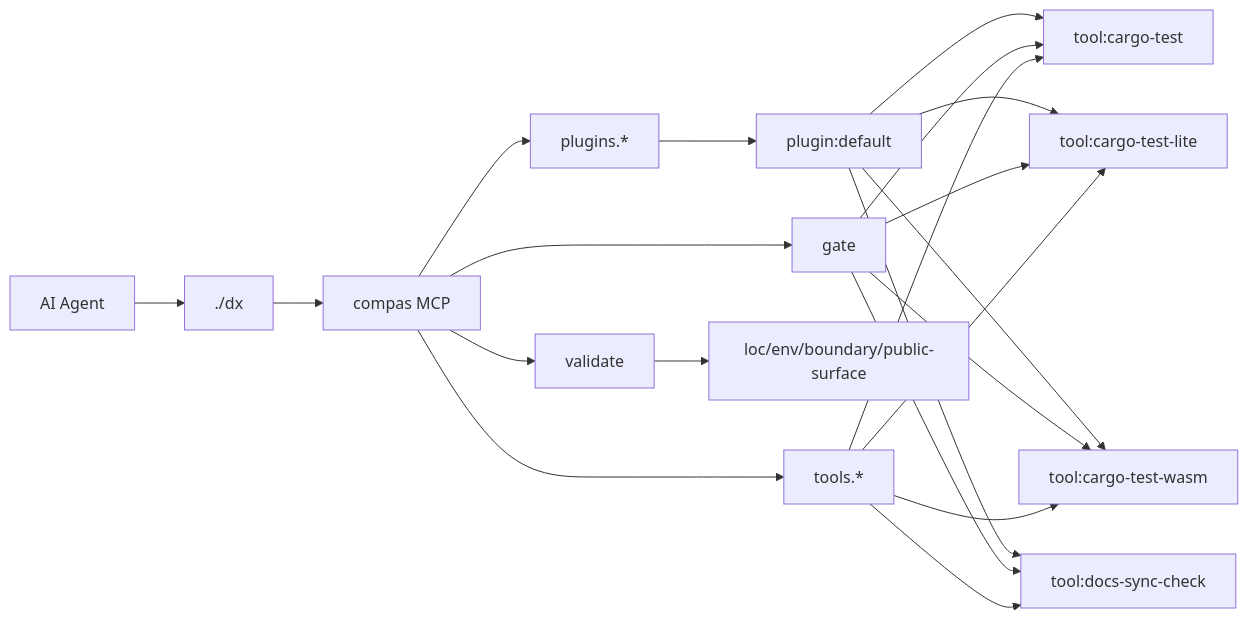
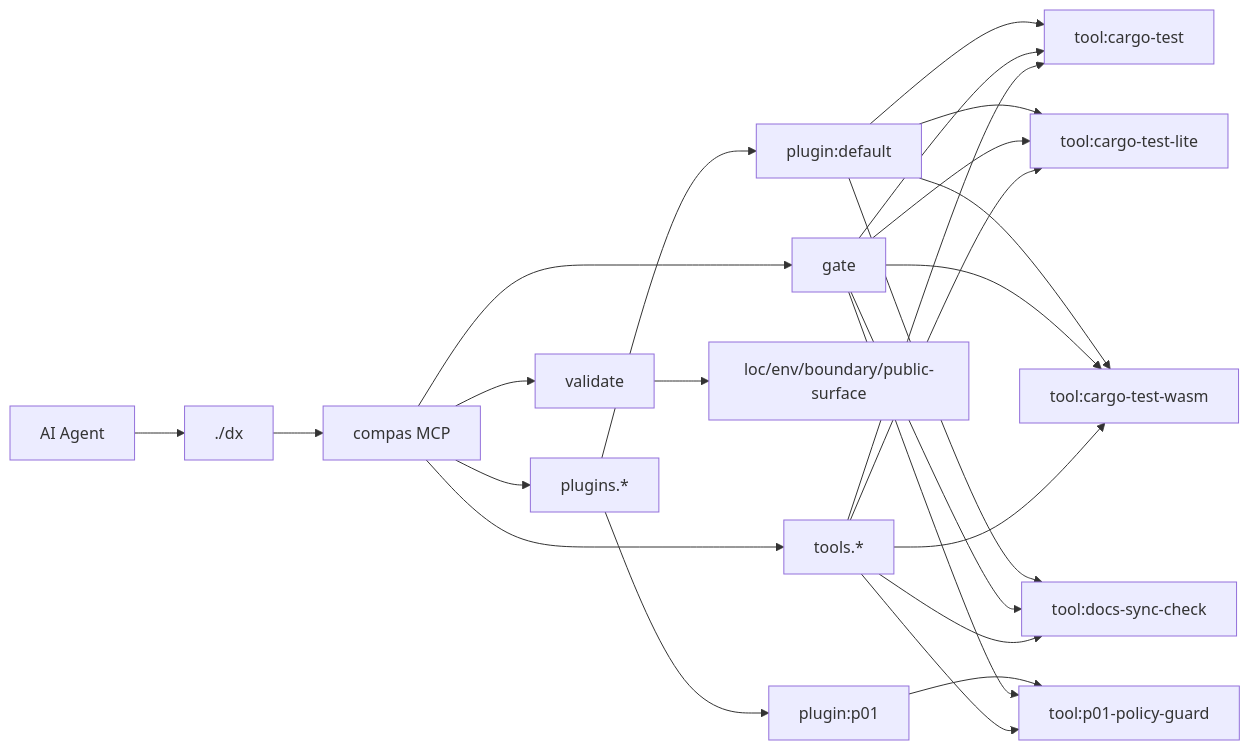
The diagram in AGENTS.md (AmirTlinov/compas), drawn with Mermaid before and after one commit. The commit also changed other lines of this file and 6 other files, not shown here.

````diff
--- a/AGENTS.md
+++ b/AGENTS.md
@@ -50,23 +52,27 @@
 ```mermaid
 flowchart LR
   Agent[AI Agent] --> DX[./dx]
   DX --> MCP[compas MCP]
   MCP --> V[validate]
   MCP --> G[gate]
   MCP --> PL[plugins.*]
   MCP --> TL[tools.*]
   V --> C1[loc/env/boundary/public-surface]
   PL --> P_default["plugin:default"]
   P_default --> T_cargo_test["tool:cargo-test"]
   G --> T_cargo_test
   P_default --> T_cargo_test_lite["tool:cargo-test-lite"]
   G --> T_cargo_test_lite
   P_default --> T_cargo_test_wasm["tool:cargo-test-wasm"]
   G --> T_cargo_test_wasm
   P_default --> T_docs_sync_check["tool:docs-sync-check"]
   G --> T_docs_sync_check
+  PL --> P_p01["plugin:p01"]
+  P_p01 --> T_p01_policy_guard["tool:p01-policy-guard"]
+  G --> T_p01_policy_guard
   TL --> T_cargo_test
   TL --> T_cargo_test_lite
   TL --> T_cargo_test_wasm
   TL --> T_docs_sync_check
+  TL --> T_p01_policy_guard
 ```
````
